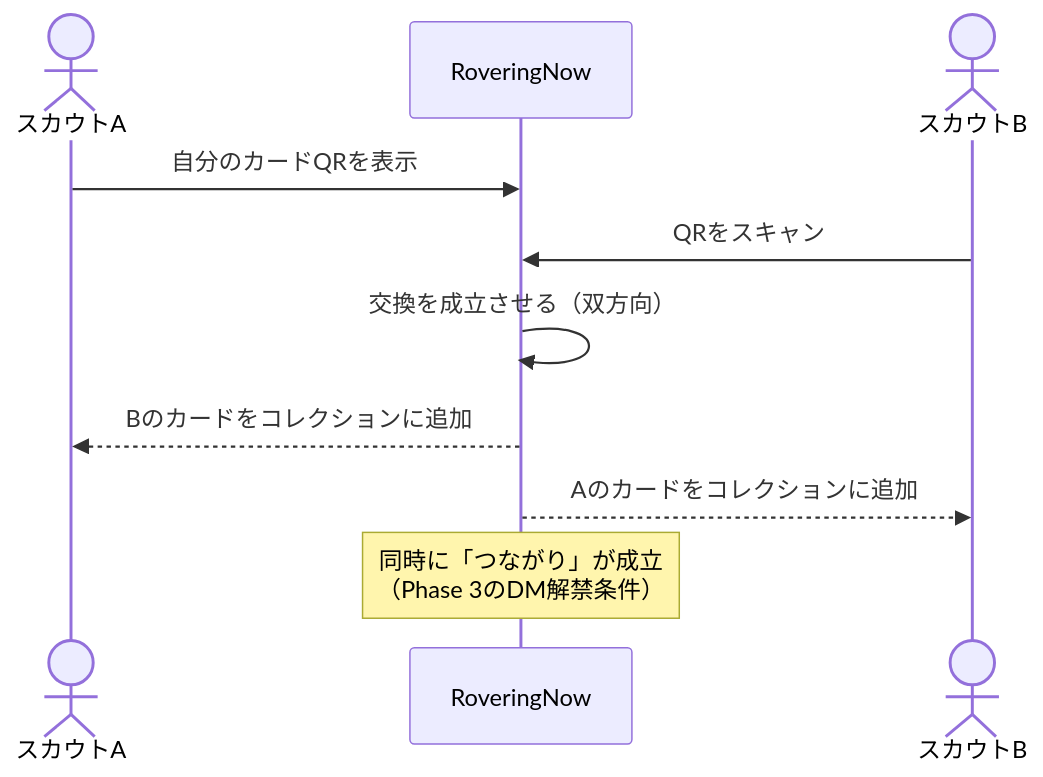
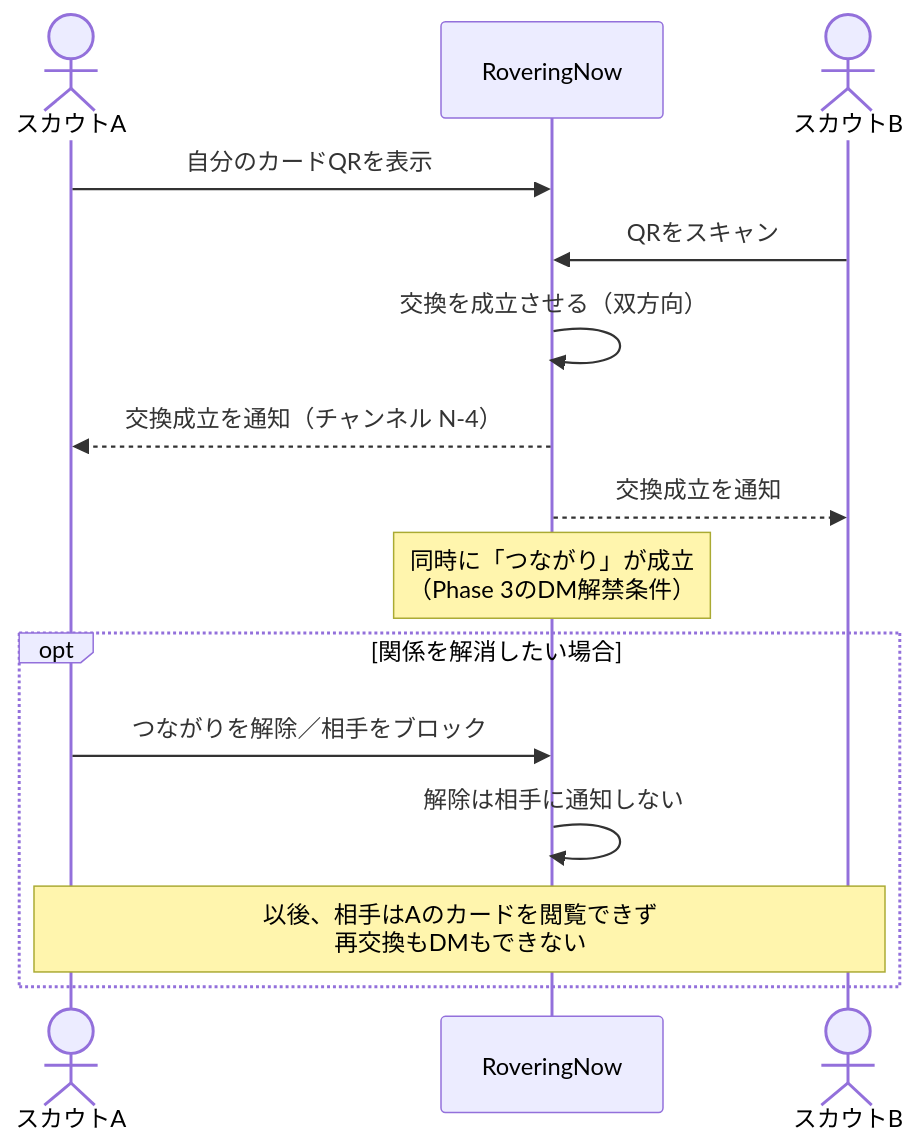
Before and after one commit to GitHatake/RoveringNow: the fifth of 11 diagrams in docs/10_source/01_basic_design.md, drawn with Mermaid. The commit also changed other lines of this file and 2 other files, not shown here.

````diff
--- a/docs/10_source/01_basic_design.md
+++ b/docs/10_source/01_basic_design.md
@@ -378,13 +423,19 @@
 ```mermaid
 sequenceDiagram
     actor A as スカウトA
     participant App as RoveringNow
     actor B as スカウトB
 
     A->>App: 自分のカードQRを表示
     B->>App: QRをスキャン
     App->>App: 交換を成立させる（双方向）
-    App-->>A: Bのカードをコレクションに追加
-    App-->>B: Aのカードをコレクションに追加
+    App-->>A: 交換成立を通知（チャンネル N-4）
+    App-->>B: 交換成立を通知
     Note over App: 同時に「つながり」が成立<br/>（Phase 3のDM解禁条件）
+
+    opt 関係を解消したい場合
+        A->>App: つながりを解除／相手をブロック
+        App->>App: 解除は相手に通知しない
+        Note over A,B: 以後、相手はAのカードを閲覧できず<br/>再交換もDMもできない
+    end
 ```
````
